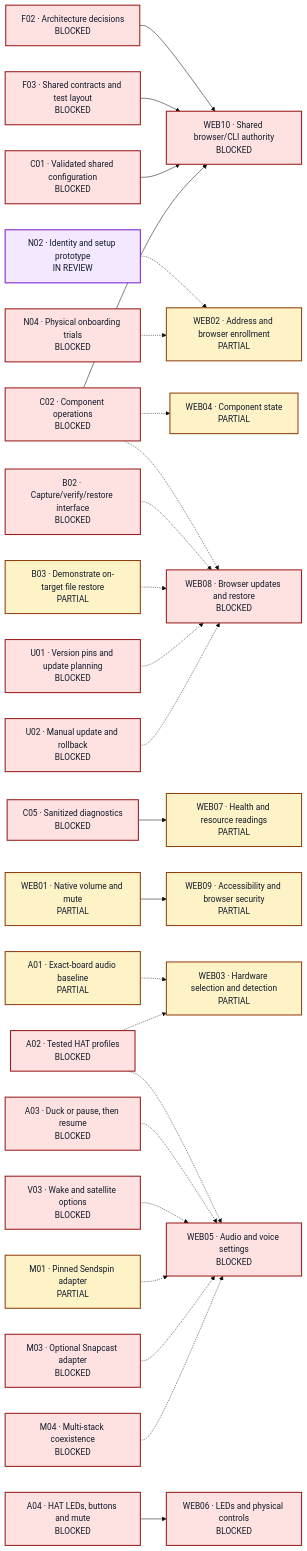
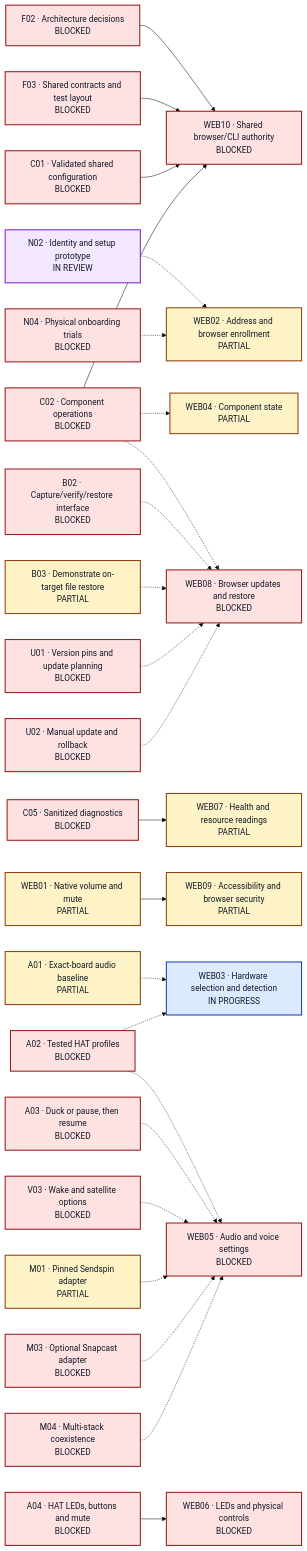
Before and after one commit to Joldiges/debra: the eighth of 17 diagrams in docs/progress.md, drawn with Mermaid (base theme). The commit also changed other lines of this file and 1 other file, not shown here.

````diff
--- a/docs/progress.md
+++ b/docs/progress.md
@@ -377,61 +377,61 @@
 ```mermaid
 flowchart LR
     F02["F02 · Architecture decisions<br/>BLOCKED"]:::blocked
     F03["F03 · Shared contracts and test layout<br/>BLOCKED"]:::blocked
     N02["N02 · Identity and setup prototype<br/>IN REVIEW"]:::review
     N04["N04 · Physical onboarding trials<br/>BLOCKED"]:::blocked
     C01["C01 · Validated shared configuration<br/>BLOCKED"]:::blocked
     C02["C02 · Component operations<br/>BLOCKED"]:::blocked
     C05["C05 · Sanitized diagnostics<br/>BLOCKED"]:::blocked
     WEB01["WEB01 · Native volume and mute<br/>PARTIAL"]:::partial
     WEB02["WEB02 · Address and browser enrollment<br/>PARTIAL"]:::partial
-    WEB03["WEB03 · Hardware selection and detection<br/>PARTIAL"]:::partial
+    WEB03["WEB03 · Hardware selection and detection<br/>IN PROGRESS"]:::running
     WEB04["WEB04 · Component state<br/>PARTIAL"]:::partial
     WEB05["WEB05 · Audio and voice settings<br/>BLOCKED"]:::blocked
     WEB06["WEB06 · LEDs and physical controls<br/>BLOCKED"]:::blocked
     WEB07["WEB07 · Health and resource readings<br/>PARTIAL"]:::partial
     WEB08["WEB08 · Browser updates and restore<br/>BLOCKED"]:::blocked
     WEB09["WEB09 · Accessibility and browser security<br/>PARTIAL"]:::partial
     WEB10["WEB10 · Shared browser/CLI authority<br/>BLOCKED"]:::blocked
     A01["A01 · Exact-board audio baseline<br/>PARTIAL"]:::partial
     A02["A02 · Tested HAT profiles<br/>BLOCKED"]:::blocked
     A03["A03 · Duck or pause, then resume<br/>BLOCKED"]:::blocked
     A04["A04 · HAT LEDs, buttons and mute<br/>BLOCKED"]:::blocked
     V03["V03 · Wake and satellite options<br/>BLOCKED"]:::blocked
     M01["M01 · Pinned Sendspin adapter<br/>PARTIAL"]:::partial
     M03["M03 · Optional Snapcast adapter<br/>BLOCKED"]:::blocked
     M04["M04 · Multi-stack coexistence<br/>BLOCKED"]:::blocked
     B02["B02 · Capture/verify/restore interface<br/>BLOCKED"]:::blocked
     B03["B03 · Demonstrate on-target file restore<br/>PARTIAL"]:::partial
     U01["U01 · Version pins and update planning<br/>BLOCKED"]:::blocked
     U02["U02 · Manual update and rollback<br/>BLOCKED"]:::blocked
     N02 -.-> WEB02
     N04 -.-> WEB02
     A01 -.-> WEB03
     A02 -.-> WEB03
     C02 -.-> WEB04
     A02 -.-> WEB05
     A03 -.-> WEB05
     V03 -.-> WEB05
     M01 -.-> WEB05
     M03 -.-> WEB05
     M04 -.-> WEB05
     A04 --> WEB06
     C05 --> WEB07
     C02 -.-> WEB08
     B02 -.-> WEB08
     B03 -.-> WEB08
     U01 -.-> WEB08
     U02 -.-> WEB08
     WEB01 --> WEB09
     F02 --> WEB10
     F03 --> WEB10
     C01 --> WEB10
     C02 --> WEB10
     classDef finished fill:#dcfce7,stroke:#166534,color:#111827,stroke-width:2px;
     classDef running fill:#dbeafe,stroke:#1e40af,color:#111827,stroke-width:2px;
     classDef review fill:#f3e8ff,stroke:#7e22ce,color:#111827,stroke-width:2px;
     classDef partial fill:#fef3c7,stroke:#92400e,color:#111827,stroke-width:2px;
     classDef blocked fill:#fee2e2,stroke:#991b1b,color:#111827,stroke-width:2px;
     classDef untouched fill:#f1f5f9,stroke:#475569,color:#111827,stroke-width:2px;
 ```
````
